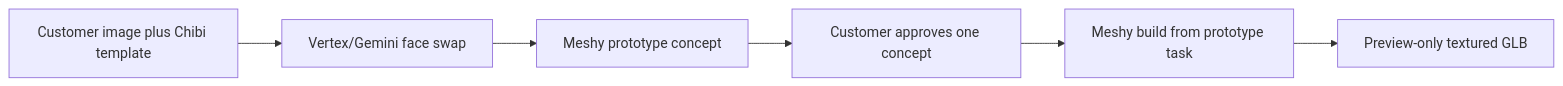
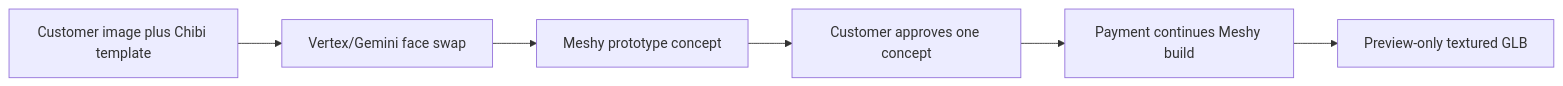
The third of 8 diagrams in docs/Workflows/figurine-and-operator-workflows.md (KielRN/3dprintposters), drawn with Mermaid before and after one commit. The commit also changed other lines of this file and 23 other files, not shown here.

````diff
--- a/docs/Workflows/figurine-and-operator-workflows.md
+++ b/docs/Workflows/figurine-and-operator-workflows.md
@@ -125,9 +136,9 @@
 ```mermaid
 %%{init: {"flowchart": {"htmlLabels": false}} }%%
 graph LR
   A["Customer image plus Chibi template"] --> B["Vertex/Gemini face swap"]
   B --> C["Meshy prototype concept"]
   C --> D["Customer approves one concept"]
-  D --> E["Meshy build from prototype task"]
+  D --> E["Payment continues Meshy build"]
   E --> F["Preview-only textured GLB"]
 ```
````
